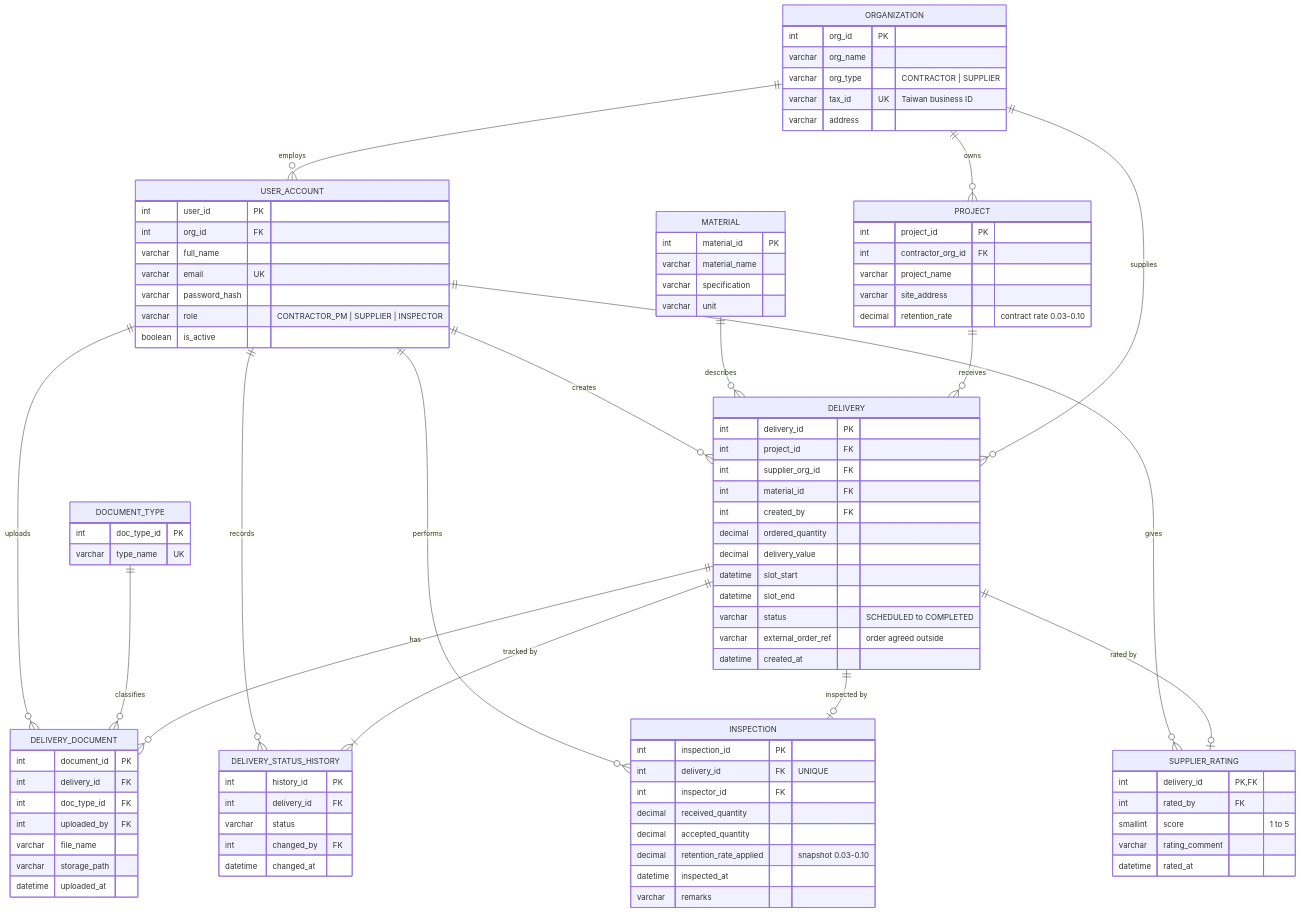
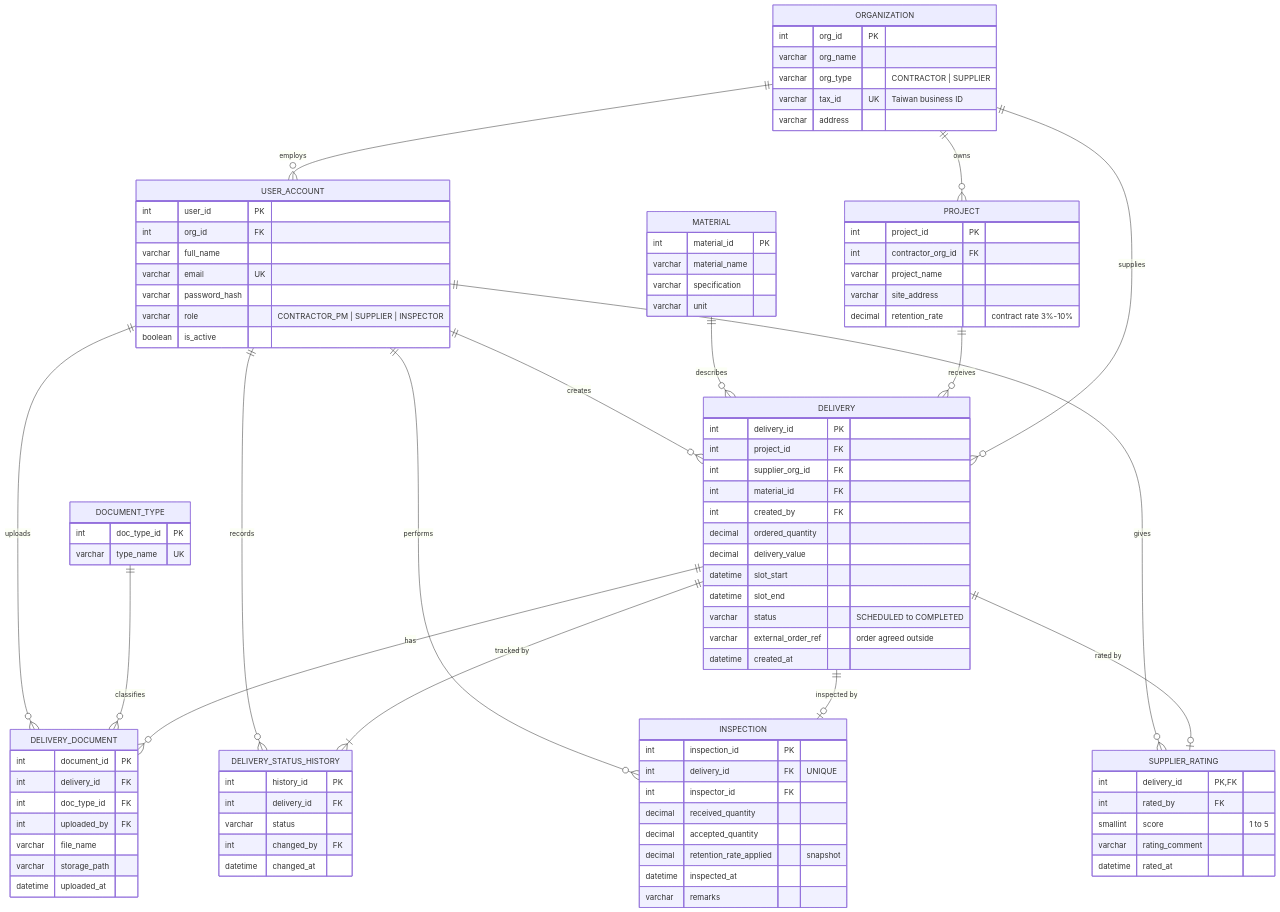
The first of 2 diagrams in ERModel.md (samwichi/siteproof), drawn with Mermaid before and after one commit. The commit also changed other lines of this file and 1 other file, not shown here.

```diff
--- a/ERModel.md
+++ b/ERModel.md
@@ -44,7 +42,7 @@
         int contractor_org_id FK
         varchar project_name
         varchar site_address
-        decimal retention_rate "contract rate 0.03-0.10"
+        decimal retention_rate "contract rate 3%-10%"
     }
     MATERIAL {
         int material_id PK
@@ -92,7 +90,7 @@
         int inspector_id FK
         decimal received_quantity
         decimal accepted_quantity
-        decimal retention_rate_applied "snapshot 0.03-0.10"
+        decimal retention_rate_applied "snapshot"
         datetime inspected_at
         varchar remarks
     }
```
